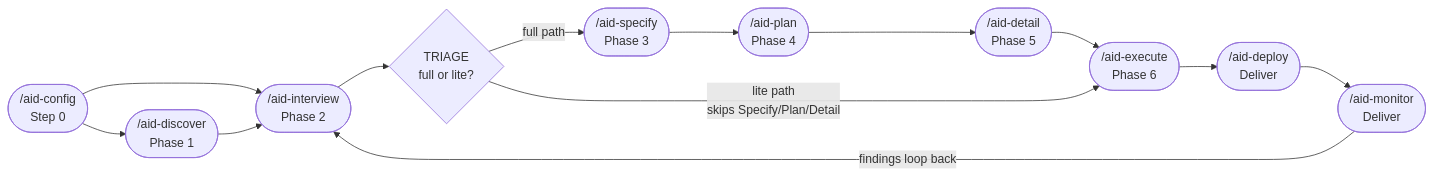
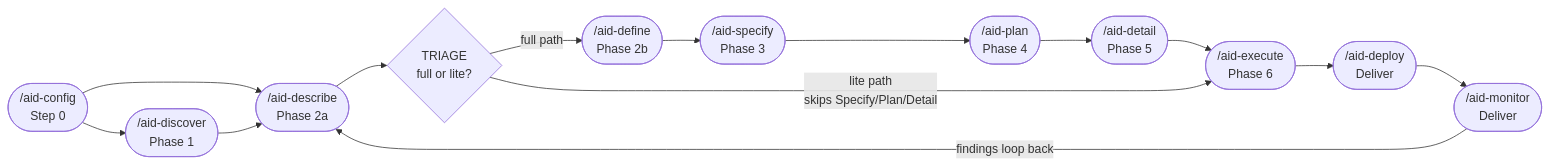
One commit to AndreVianna/aid-methodology changed the diagram in site/src/content/docs/guides/pipeline.mdx. Above: the diagram before and after it, drawn with Mermaid. The commit also changed other lines of this file and 962 other files, not shown here.

````diff
--- a/site/src/content/docs/guides/pipeline.mdx
+++ b/site/src/content/docs/guides/pipeline.mdx
@@ -24,26 +24,27 @@
 ```mermaid
 flowchart LR
     C(["/aid-config<br/>Step 0"])
     D(["/aid-discover<br/>Phase 1"])
-    I(["/aid-interview<br/>Phase 2"])
+    I(["/aid-describe<br/>Phase 2a"])
+    Def(["/aid-define<br/>Phase 2b"])
     T{"TRIAGE<br/>full or lite?"}
     S(["/aid-specify<br/>Phase 3"])
     P(["/aid-plan<br/>Phase 4"])
     DT(["/aid-detail<br/>Phase 5"])
     E(["/aid-execute<br/>Phase 6"])
     DP(["/aid-deploy<br/>Deliver"])
     M(["/aid-monitor<br/>Deliver"])
 
     C --> D
     C --> I
     D --> I
     I --> T
-    T -- "full path" --> S
+    T -- "full path" --> Def --> S
     S --> P
     P --> DT
     DT --> E
     T -- "lite path<br/>skips Specify/Plan/Detail" --> E
     E --> DP
     DP --> M
     M -->|"findings loop back"| I
 ```
````
